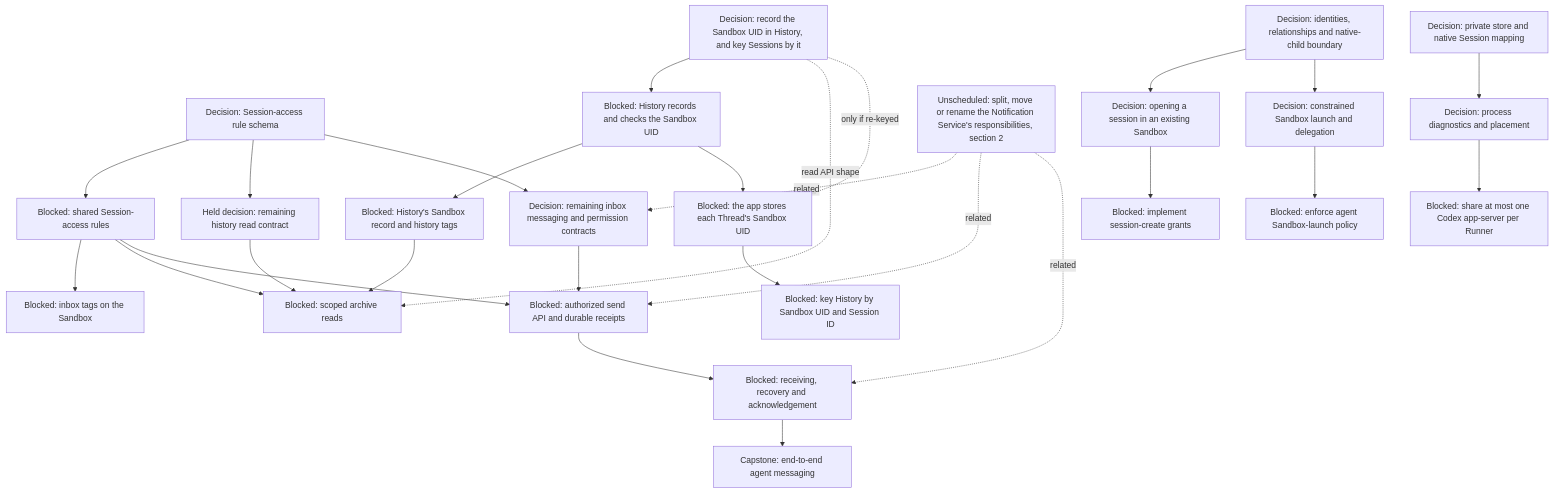
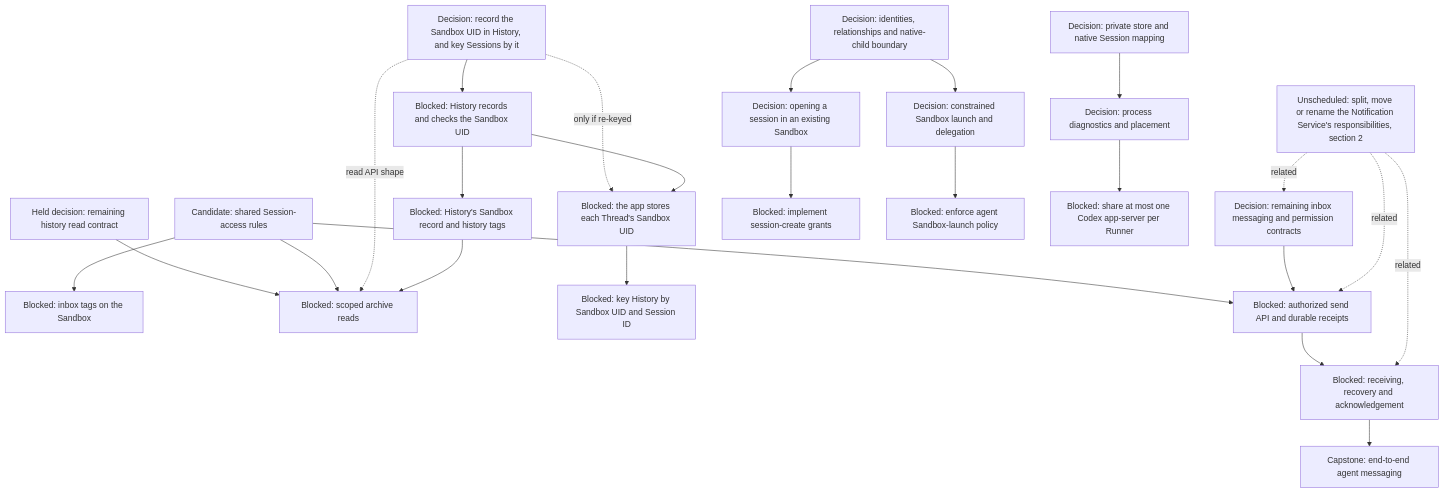
One commit to agentydragon-agent/ducktape changed the fifth of 17 diagrams in agentplane/plans/task_dag.md. Above: the diagram before and after it, drawn with Mermaid. The commit also changed other lines of this file and 2 other files, not shown here.

````diff
--- a/agentplane/plans/task_dag.md
+++ b/agentplane/plans/task_dag.md
@@ -250,50 +250,46 @@
 ```mermaid
 flowchart TD
     MULTIAGENT_MODEL[Decision: identities, relationships and native-child boundary]
-    SESSION_ACCESS_RULES_DESIGN[Decision: Session-access rule schema]
-    SESSION_ACCESS_RULES[Blocked: shared Session-access rules]
+    SESSION_ACCESS_RULES[Candidate: shared Session-access rules]
     THREAD_READ_POLICY_DESIGN[Held decision: remaining history read contract]
     SANDBOX_INBOX_TAGS[Blocked: inbox tags on the Sandbox]
     HISTORY_SANDBOX_RECORD[Blocked: History's Sandbox record and history tags]
     THREAD_READ_POLICY[Blocked: scoped archive reads]
     HISTORY_SESSION_KEY_DESIGN[Decision: record the Sandbox UID in History, and key Sessions by it]
     HISTORY_SANDBOX_UID[Blocked: History records and checks the Sandbox UID]
     APP_THREAD_SANDBOX_UID[Blocked: the app stores each Thread's Sandbox UID]
     HISTORY_SESSION_REKEY[Blocked: key History by Sandbox UID and Session ID]
     AGENT_MESSAGING_DESIGN[Decision: remaining inbox messaging and permission contracts]
     AGENT_MESSAGE_INGRESS[Blocked: authorized send API and durable receipts]
     AGENT_MESSAGE_RECEPTION[Blocked: receiving, recovery and acknowledgement]
     AGENT_MESSAGING[Capstone: end-to-end agent messaging]
     THREAD_CREATE_POLICY[Decision: opening a session in an existing Sandbox]
     THREAD_CREATE_AUTHORIZATION[Blocked: implement session-create grants]
     AGENT_LAUNCH_POLICY_DESIGN[Decision: constrained Sandbox launch and delegation]
     AGENT_SANDBOX_LAUNCH[Blocked: enforce agent Sandbox-launch policy]
     MULTIAGENT_MODEL --> THREAD_CREATE_POLICY
     MULTIAGENT_MODEL --> AGENT_LAUNCH_POLICY_DESIGN
-    SESSION_ACCESS_RULES_DESIGN --> SESSION_ACCESS_RULES
-    SESSION_ACCESS_RULES_DESIGN --> THREAD_READ_POLICY_DESIGN
-    SESSION_ACCESS_RULES_DESIGN --> AGENT_MESSAGING_DESIGN
     THREAD_READ_POLICY_DESIGN --> THREAD_READ_POLICY
     SESSION_ACCESS_RULES --> SANDBOX_INBOX_TAGS
     SESSION_ACCESS_RULES --> THREAD_READ_POLICY
     HISTORY_SESSION_KEY_DESIGN --> HISTORY_SANDBOX_UID
     HISTORY_SESSION_KEY_DESIGN -. read API shape .-> THREAD_READ_POLICY
     HISTORY_SESSION_KEY_DESIGN -. only if re-keyed .-> APP_THREAD_SANDBOX_UID
     HISTORY_SANDBOX_UID --> HISTORY_SANDBOX_RECORD
     HISTORY_SANDBOX_RECORD --> THREAD_READ_POLICY
     HISTORY_SANDBOX_UID --> APP_THREAD_SANDBOX_UID
     APP_THREAD_SANDBOX_UID --> HISTORY_SESSION_REKEY
     SESSION_ACCESS_RULES --> AGENT_MESSAGE_INGRESS
     AGENT_MESSAGING_DESIGN --> AGENT_MESSAGE_INGRESS
     AGENT_MESSAGE_INGRESS --> AGENT_MESSAGE_RECEPTION
     NOTIFICATION_SERVICE_SPLIT[Unscheduled: split, move or rename the Notification Service's responsibilities, section 2] -. related .-> AGENT_MESSAGING_DESIGN
     NOTIFICATION_SERVICE_SPLIT -. related .-> AGENT_MESSAGE_INGRESS
     NOTIFICATION_SERVICE_SPLIT -. related .-> AGENT_MESSAGE_RECEPTION
     AGENT_MESSAGE_RECEPTION --> AGENT_MESSAGING
     THREAD_CREATE_POLICY --> THREAD_CREATE_AUTHORIZATION
     AGENT_LAUNCH_POLICY_DESIGN --> AGENT_SANDBOX_LAUNCH
     RUNNER_HARNESS_OBJECTS_DESIGN[Decision: process diagnostics and placement]
     HARNESS_IDENTITY_DESIGN[Decision: private store and native Session mapping]
     HARNESS_IDENTITY_DESIGN --> RUNNER_HARNESS_OBJECTS_DESIGN
     RUNNER_HARNESS_OBJECTS_DESIGN --> RUNNER_CODEX_SHARED_PROCESS[Blocked: share at most one Codex app-server per Runner]
 ```
````
